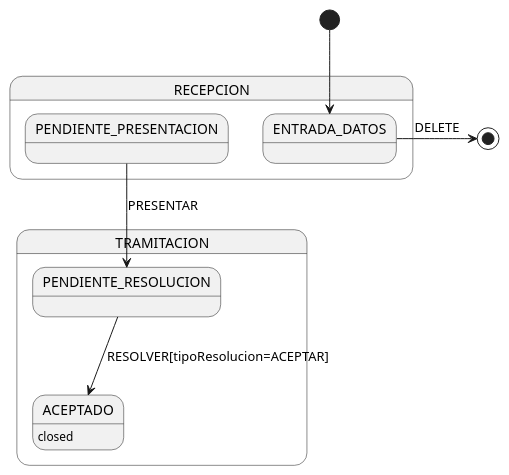
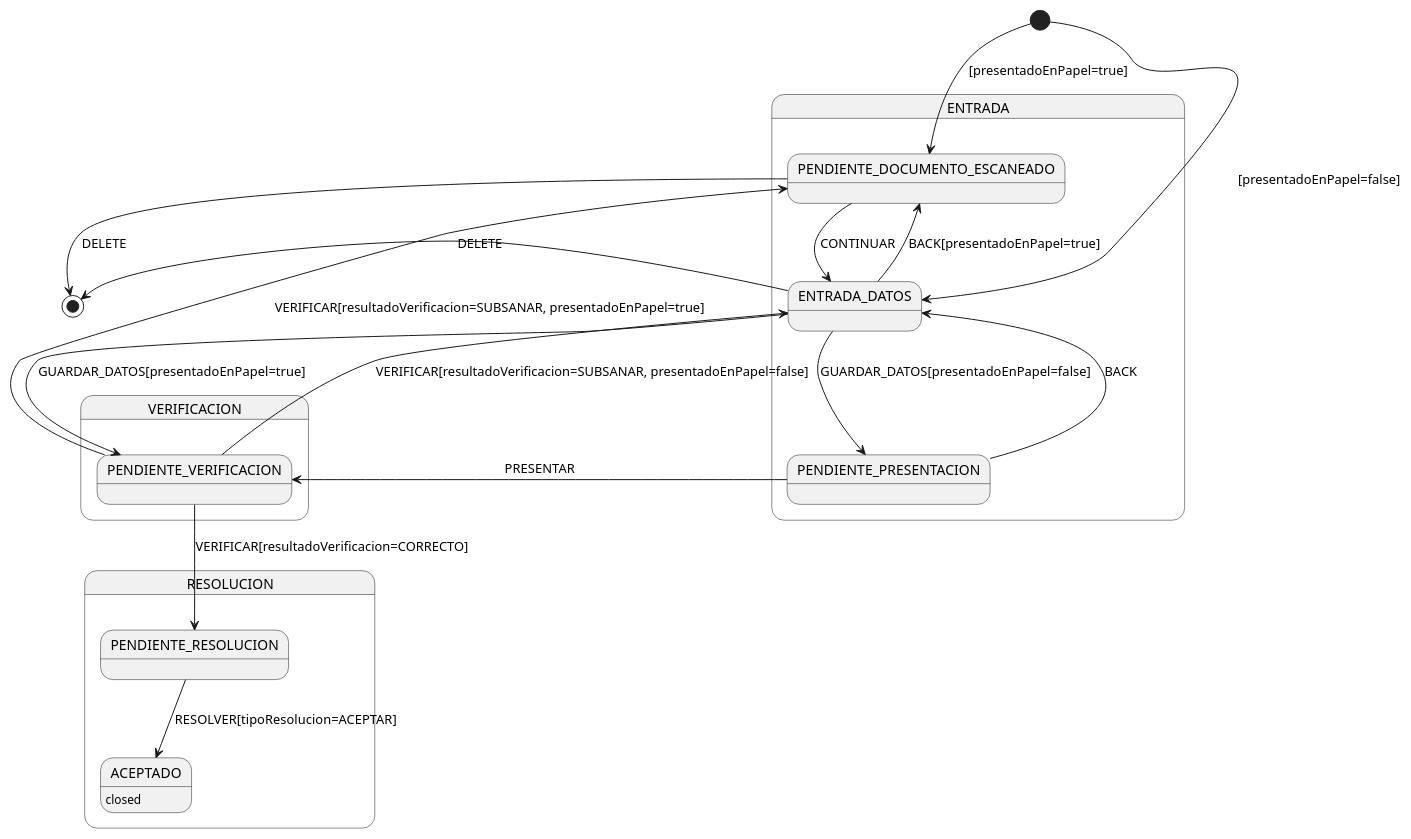
One commit to educaflow/secretaria-virtual changed the diagram in .claude/skills/k-tipo-expediente/SKILL.md. Above: the diagram before and after it, drawn with PlantUML. The commit also changed other lines of this file and 19 other files, not shown here.

````diff
--- a/.claude/skills/k-tipo-expediente/SKILL.md
+++ b/.claude/skills/k-tipo-expediente/SKILL.md
@@ -244,15 +296,31 @@
 ```plantuml
-state RECEPCION {
-    state "ENTRADA_DATOS" as RECEPCION_ENTRADA_DATOS
-    state "PENDIENTE_PRESENTACION" as RECEPCION_PENDIENTE_PRESENTACION
+state ENTRADA {
+    state "PENDIENTE_DOCUMENTO_ESCANEADO" as ENTRADA_PENDIENTE_DOCUMENTO_ESCANEADO
+    state "ENTRADA_DATOS" as ENTRADA_ENTRADA_DATOS
+    state "PENDIENTE_PRESENTACION" as ENTRADA_PENDIENTE_PRESENTACION
 }
-state TRAMITACION {
-    state "PENDIENTE_RESOLUCION" as TRAMITACION_PENDIENTE_RESOLUCION
-    state "ACEPTADO" as TRAMITACION_ACEPTADO
+state VERIFICACION {
+    state "PENDIENTE_VERIFICACION" as VERIFICACION_PENDIENTE_VERIFICACION
 }
-[*] --> RECEPCION_ENTRADA_DATOS
-RECEPCION_ENTRADA_DATOS -> [*] : DELETE
-RECEPCION_PENDIENTE_PRESENTACION --> TRAMITACION_PENDIENTE_RESOLUCION : PRESENTAR
-TRAMITACION_PENDIENTE_RESOLUCION --> TRAMITACION_ACEPTADO : RESOLVER[tipoResolucion=ACEPTAR]
-TRAMITACION_ACEPTADO : closed
+state RESOLUCION {
+    state "PENDIENTE_RESOLUCION" as RESOLUCION_PENDIENTE_RESOLUCION
+    state "ACEPTADO" as RESOLUCION_ACEPTADO
+}
+' Las dos fases comunes: este bloque es igual en todos los tipos
+[*] --> ENTRADA_ENTRADA_DATOS : [presentadoEnPapel=false]
+[*] --> ENTRADA_PENDIENTE_DOCUMENTO_ESCANEADO : [presentadoEnPapel=true]
+ENTRADA_PENDIENTE_DOCUMENTO_ESCANEADO -> [*] : DELETE
+ENTRADA_PENDIENTE_DOCUMENTO_ESCANEADO --> ENTRADA_ENTRADA_DATOS : CONTINUAR
+ENTRADA_ENTRADA_DATOS -> [*] : DELETE
+ENTRADA_ENTRADA_DATOS --> ENTRADA_PENDIENTE_DOCUMENTO_ESCANEADO : BACK[presentadoEnPapel=true]
+ENTRADA_ENTRADA_DATOS --> ENTRADA_PENDIENTE_PRESENTACION : GUARDAR_DATOS[presentadoEnPapel=false]
+ENTRADA_ENTRADA_DATOS --> VERIFICACION_PENDIENTE_VERIFICACION : GUARDAR_DATOS[presentadoEnPapel=true]
+ENTRADA_PENDIENTE_PRESENTACION --> ENTRADA_ENTRADA_DATOS : BACK
+ENTRADA_PENDIENTE_PRESENTACION --> VERIFICACION_PENDIENTE_VERIFICACION : PRESENTAR
+VERIFICACION_PENDIENTE_VERIFICACION --> RESOLUCION_PENDIENTE_RESOLUCION : VERIFICAR[resultadoVerificacion=CORRECTO]
+VERIFICACION_PENDIENTE_VERIFICACION --> ENTRADA_ENTRADA_DATOS : VERIFICAR[resultadoVerificacion=SUBSANAR, presentadoEnPapel=false]
+VERIFICACION_PENDIENTE_VERIFICACION --> ENTRADA_PENDIENTE_DOCUMENTO_ESCANEADO : VERIFICAR[resultadoVerificacion=SUBSANAR, presentadoEnPapel=true]
+' Lo propio del tipo
+RESOLUCION_PENDIENTE_RESOLUCION --> RESOLUCION_ACEPTADO : RESOLVER[tipoResolucion=ACEPTAR]
+RESOLUCION_ACEPTADO : closed
 ```
````
